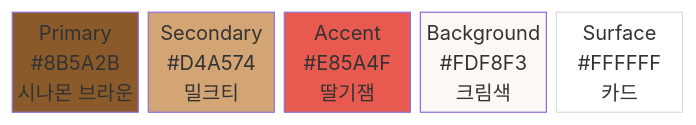
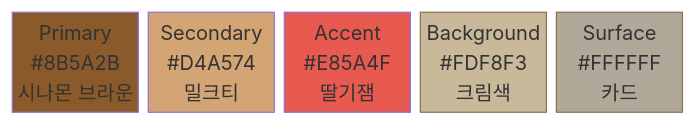
Before and after one commit to ParkSY0919/BreadStamp: the seventh of 8 diagrams in README.md, drawn with Mermaid. The commit also changed other lines of this file and 14 other files, not shown here.

````diff
--- a/README.md
+++ b/README.md
@@ -492,15 +519,15 @@
 ```mermaid
 block-beta
     columns 5
     P["Primary<br/>#8B5A2B<br/>시나몬 브라운"]:1
     S["Secondary<br/>#D4A574<br/>밀크티"]:1
     A["Accent<br/>#E85A4F<br/>딸기잼"]:1
     BG["Background<br/>#FDF8F3<br/>크림색"]:1
     SF["Surface<br/>#FFFFFF<br/>카드"]:1
 
     style P fill:#8B5A2B,color:#fff
     style S fill:#D4A574,color:#fff
     style A fill:#E85A4F,color:#fff
-    style BG fill:#FDF8F3,color:#333
-    style SF fill:#FFFFFF,color:#333,stroke:#ddd
+    style BG fill:#C9B99A,color:#333,stroke:#8B7355
+    style SF fill:#B0A898,color:#333,stroke:#8B7355
 ```
````
